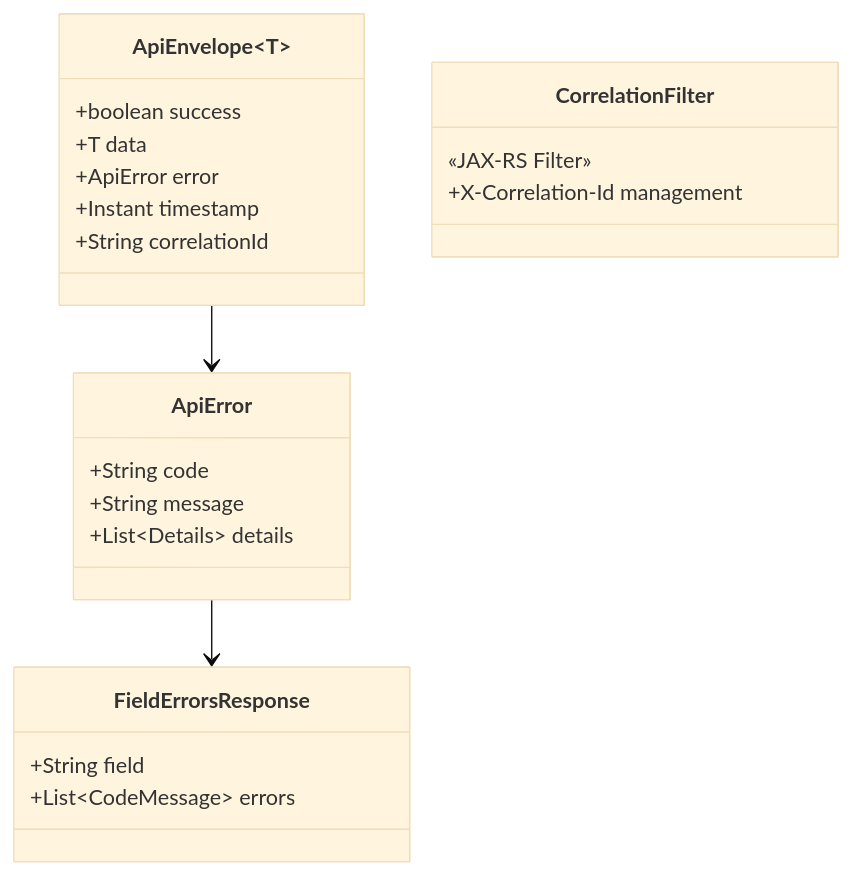
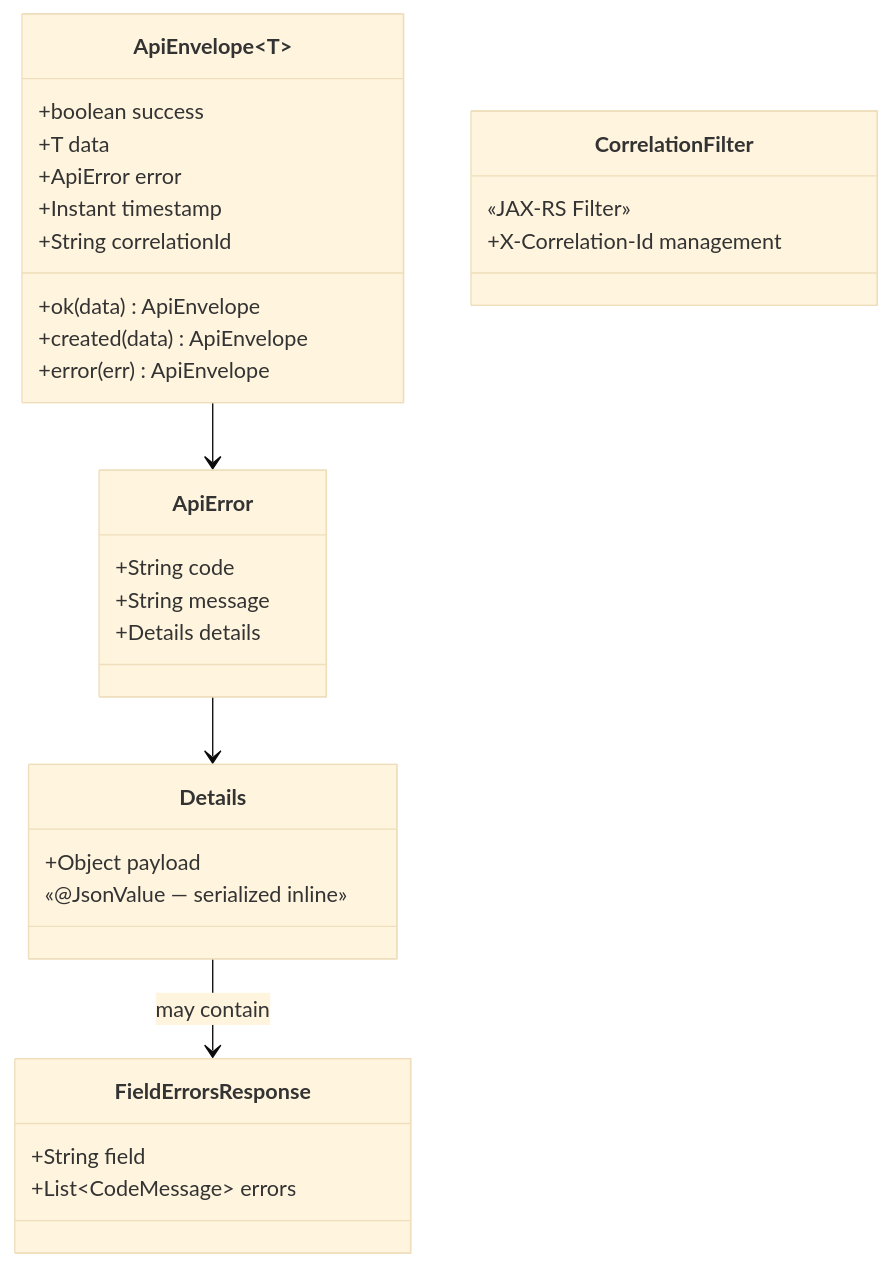
Before and after one commit to Plataforma-Universidade-Gratuita/pug-service: the third of 9 diagrams in src/main/java/com/pug/shared/README.md, drawn with Mermaid (base theme). The commit also changed other lines of this file and 31 other files, not shown here.

````diff
--- a/src/main/java/com/pug/shared/README.md
+++ b/src/main/java/com/pug/shared/README.md
@@ -91,29 +128,38 @@
 ```mermaid
 classDiagram
     class ApiEnvelope~T~ {
         +boolean success
         +T data
         +ApiError error
         +Instant timestamp
         +String correlationId
+        +ok(data) ApiEnvelope
+        +created(data) ApiEnvelope
+        +error(err) ApiEnvelope
     }
 
     class ApiError {
         +String code
         +String message
-        +List~Details~ details
+        +Details details
+    }
+
+    class Details {
+        +Object payload
+        «@JsonValue — serialized inline»
     }
 
     class FieldErrorsResponse {
         +String field
         +List~CodeMessage~ errors
     }
 
     class CorrelationFilter {
         «JAX-RS Filter»
         +X-Correlation-Id management
     }
 
     ApiEnvelope --> ApiError
-    ApiError --> FieldErrorsResponse
+    ApiError --> Details
+    Details --> FieldErrorsResponse : may contain
 ```
````
